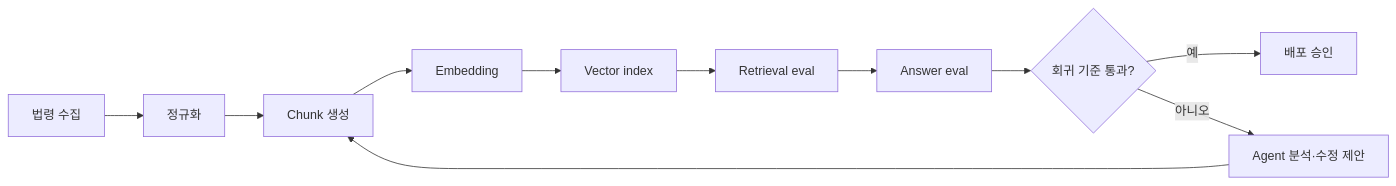
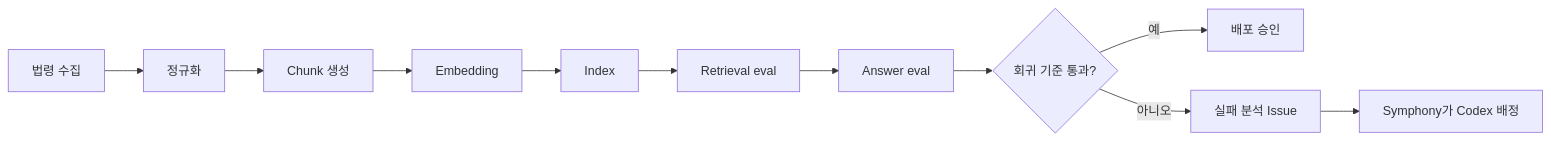
One commit to yjs000/wiki changed the ninth of 11 diagrams in docs/ai-agent-systems/harness-engineering-codex-hermes-orchestra.md. Above: the diagram before and after it, drawn with Mermaid. The commit also changed other lines of this file and 6 other files, not shown here.

````diff
--- a/docs/ai-agent-systems/harness-engineering-codex-hermes-orchestra.md
+++ b/docs/ai-agent-systems/harness-engineering-codex-hermes-orchestra.md
@@ -852,13 +612,13 @@
 ```mermaid
 flowchart LR
     S[법령 수집] --> N[정규화]
     N --> C[Chunk 생성]
     C --> E[Embedding]
-    E --> I[Vector index]
+    E --> I[Index]
     I --> RE[Retrieval eval]
     RE --> AE[Answer eval]
     AE --> G{회귀 기준 통과?}
     G -- 예 --> D[배포 승인]
-    G -- 아니오 --> A[Agent 분석·수정 제안]
-    A --> C
+    G -- 아니오 --> X[실패 분석 Issue]
+    X --> Y[Symphony가 Codex 배정]
 ```
````
